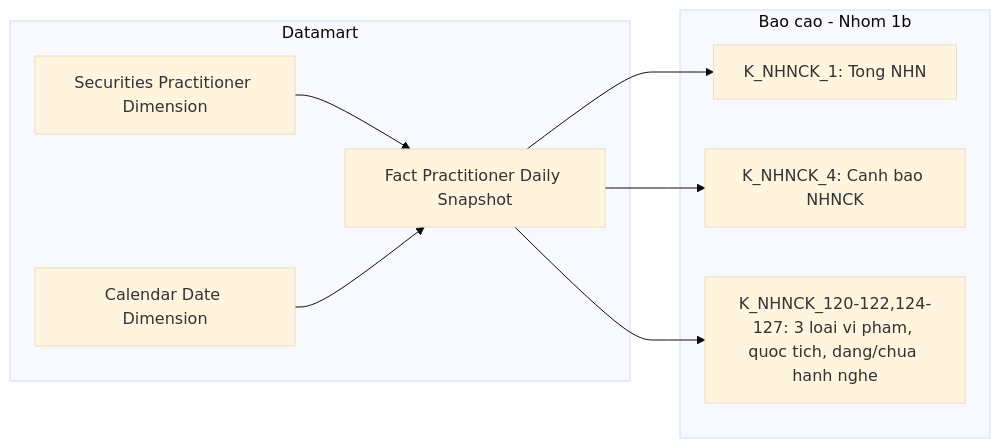
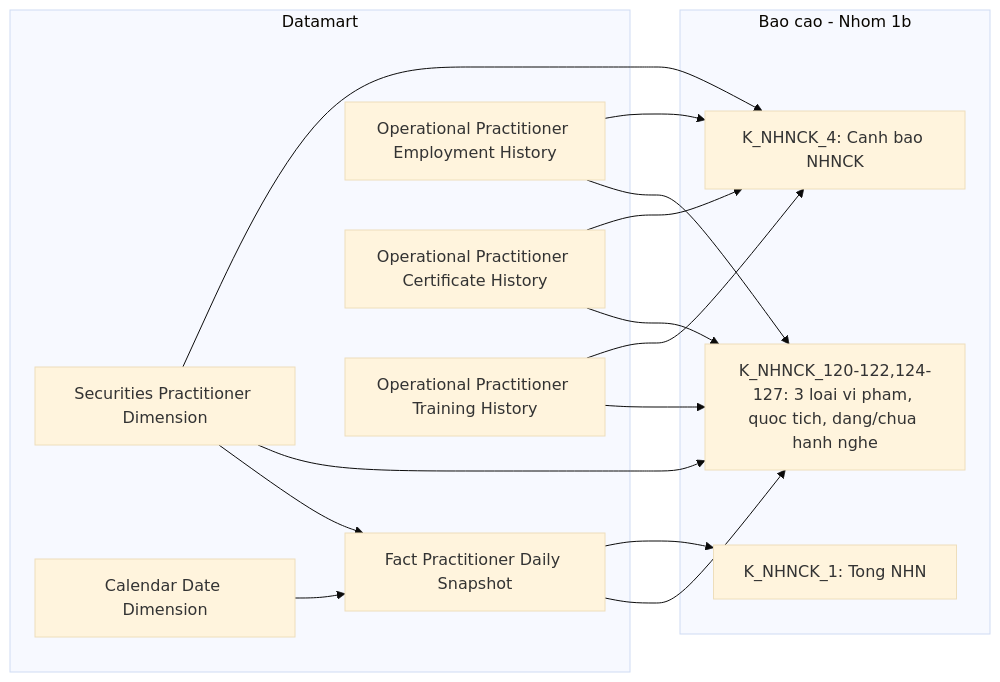
One commit to linhlvit/ubck_atomic_design changed diagram 16 of 41 in Datamart/hld/DTM_NHNCK_HLD.md. Above: the diagram before and after it, drawn with Mermaid (base theme). The commit also changed other lines of this file and 7 other files, not shown here.

````diff
--- a/Datamart/hld/DTM_NHNCK_HLD.md
+++ b/Datamart/hld/DTM_NHNCK_HLD.md
@@ -660,18 +709,28 @@
 ```mermaid
 flowchart LR
     subgraph GOLD["Datamart"]
         fct_practitioner_daily_snpst["Fact Practitioner Daily Snapshot"]
         securities_practitioner_dim["Securities Practitioner Dimension"]
         cdr_dt_dim["Calendar Date Dimension"]
+        opr_practitioner_employment_hist["Operational Practitioner Employment History"]
+        opr_practitioner_certificate_hist["Operational Practitioner Certificate History"]
+        opr_practitioner_training_hist["Operational Practitioner Training History"]
     end
     subgraph RPT["Bao cao - Nhom 1b"]
         R1["K_NHNCK_1: Tong NHN"]
         R2["K_NHNCK_4: Canh bao NHNCK"]
         R3["K_NHNCK_120-122,124-127: 3 loai vi pham, quoc tich, dang/chua hanh nghe"]
     end
     fct_practitioner_daily_snpst --> R1
-    fct_practitioner_daily_snpst --> R2
+    opr_practitioner_employment_hist --> R2
+    opr_practitioner_certificate_hist --> R2
+    opr_practitioner_training_hist --> R2
+    securities_practitioner_dim --> R2
+    opr_practitioner_employment_hist --> R3
+    opr_practitioner_certificate_hist --> R3
+    opr_practitioner_training_hist --> R3
+    securities_practitioner_dim --> R3
     fct_practitioner_daily_snpst --> R3
     securities_practitioner_dim --> fct_practitioner_daily_snpst
     cdr_dt_dim --> fct_practitioner_daily_snpst
 ```
````
